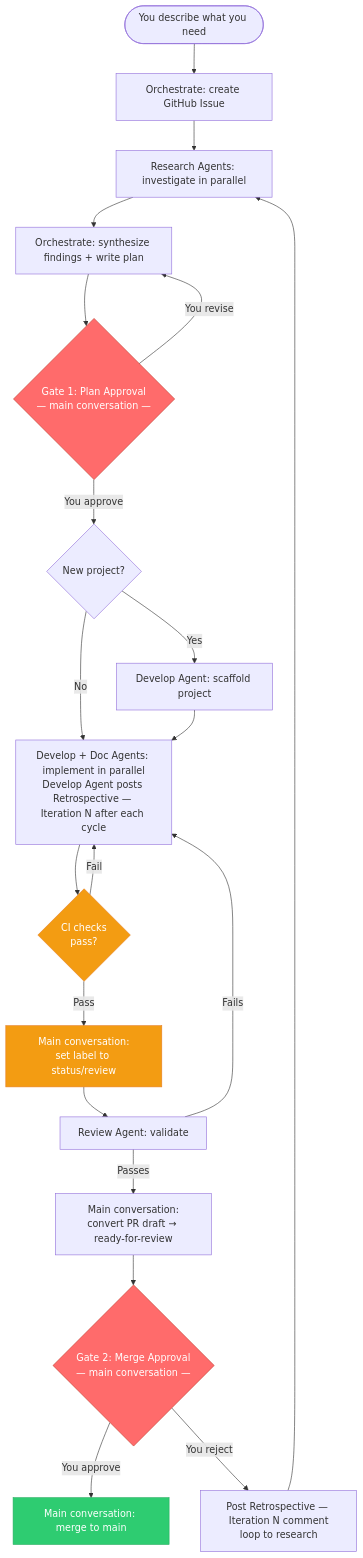
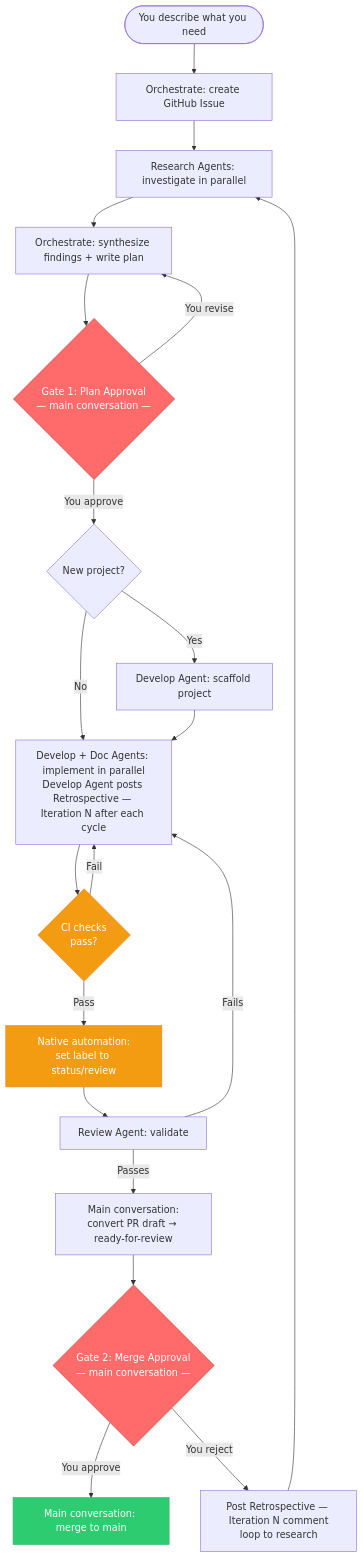
The first of 5 diagrams in docs/auto/agent-flow.md (Mpfk/auto), drawn with Mermaid before and after one commit. The commit also changed other lines of this file and 10 other files, not shown here.

````diff
--- a/docs/auto/agent-flow.md
+++ b/docs/auto/agent-flow.md
@@ -35,28 +35,28 @@
 ```mermaid
 flowchart TD
     A([You describe what you need]) --> B[Orchestrate: create GitHub Issue]
     B --> C[Research Agents: investigate in parallel]
     C --> D[Orchestrate: synthesize findings + write plan]
     D --> G1{Gate 1: Plan Approval\n— main conversation —}
     G1 -- You approve --> SC{New project?}
     SC -- Yes --> SCAF[Develop Agent: scaffold project]
     SC -- No --> E
     SCAF --> E[Develop + Doc Agents: implement in parallel\nDevelop Agent posts Retrospective — Iteration N after each cycle]
     G1 -- You revise --> D
     E --> CI{CI checks\npass?}
     CI -- Fail --> E
-    CI -- Pass --> SR[Main conversation:\nset label to status/review]
+    CI -- Pass --> SR[Native automation:\nset label to status/review]
     SR --> F[Review Agent: validate]
     F -- Fails --> E
     F -- Passes --> CONV[Main conversation:\nconvert PR draft → ready-for-review]
     CONV --> G2{Gate 2: Merge Approval\n— main conversation —}
     G2 -- You approve --> M[Main conversation: merge to main]
     G2 -- You reject --> RETRO[Post Retrospective — Iteration N comment\nloop to research]
     RETRO --> C
 
     style G1 fill:#ff6b6b,color:#fff,stroke:#c0392b
     style G2 fill:#ff6b6b,color:#fff,stroke:#c0392b
     style M fill:#2ecc71,color:#fff,stroke:#27ae60
     style SR fill:#f39c12,color:#fff,stroke:#e67e22
     style CI fill:#f39c12,color:#fff,stroke:#e67e22
 ```
````
